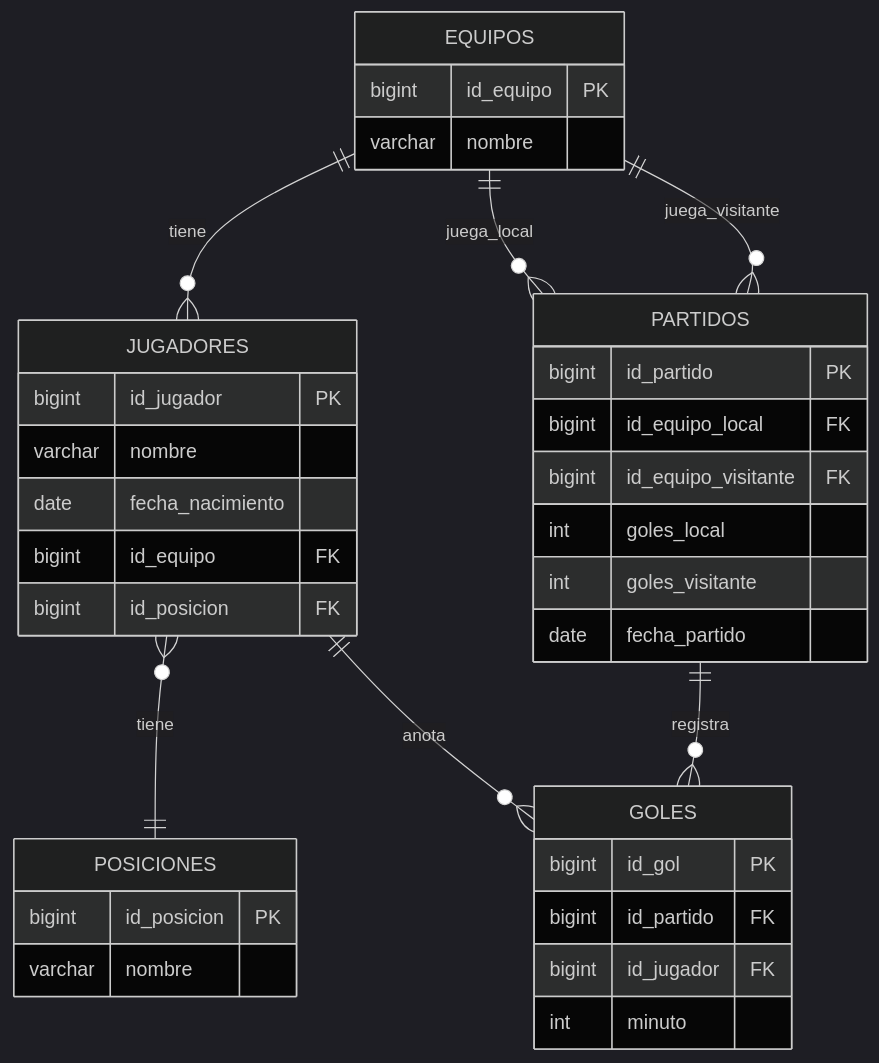
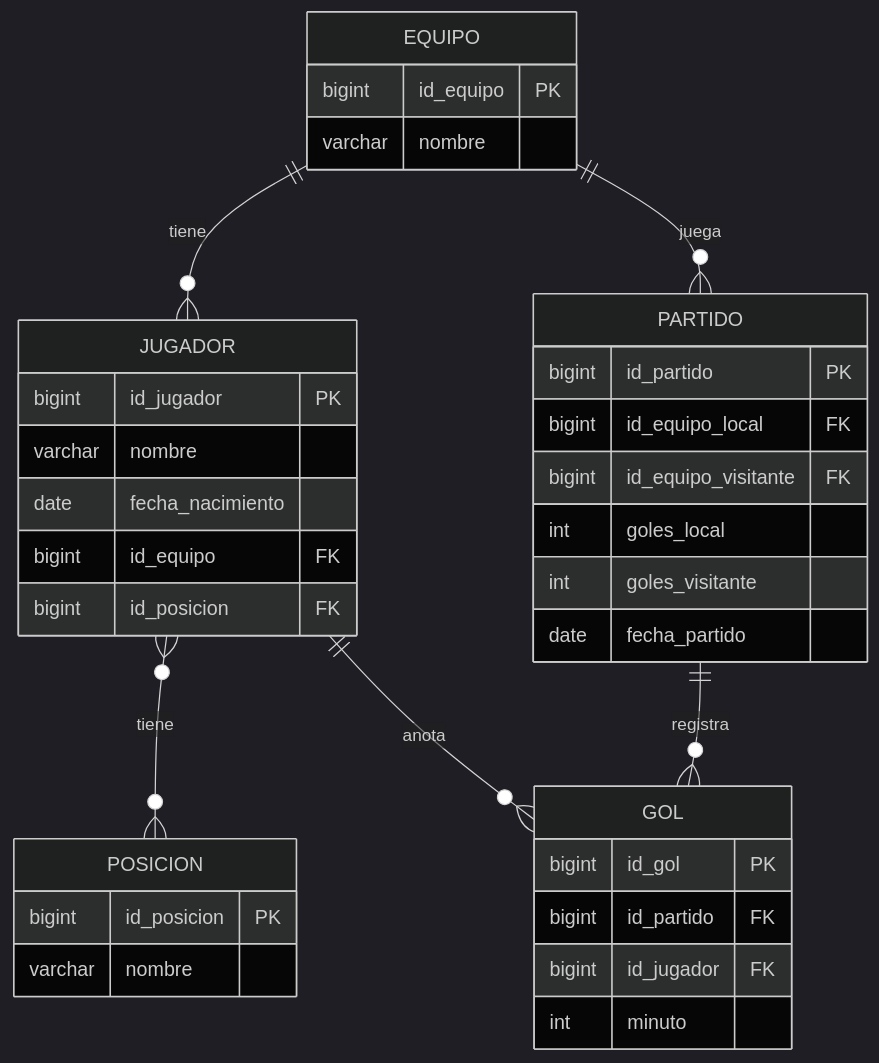
Before and after one commit to Pollix27/Equipo-futbol: the diagram in Diagrama Entidad-Relacion.mmd, drawn with Mermaid (dark theme). The commit also changed 7 other files, not shown here.

Commit message:
se corrigio los goles y las posiciones

```diff
--- a/Diagrama Entidad-Relacion.mmd
+++ b/Diagrama Entidad-Relacion.mmd
@@ -1,41 +1,40 @@
 erDiagram
-    EQUIPOS ||--o{ JUGADORES : "tiene"
-    EQUIPOS ||--o{ PARTIDOS : "juega_local"
-    EQUIPOS ||--o{ PARTIDOS : "juega_visitante"
-    JUGADORES }o--|| POSICIONES : "tiene"
-    JUGADORES ||--o{ GOLES : "anota"
-    PARTIDOS ||--o{ GOLES : "registra"
+    EQUIPO ||--o{ JUGADOR : "tiene"
+    EQUIPO ||--o{ PARTIDO : "juega"
+    JUGADOR }o--o{ POSICION : "tiene"
+    JUGADOR ||--o{ GOL : "anota"
+    PARTIDO ||--o{ GOL : "registra"
 
-    EQUIPOS {
+    EQUIPO {
         bigint id_equipo PK
         varchar nombre
     }
 
-    JUGADORES {
+    JUGADOR {
         bigint id_jugador PK
         varchar nombre
         date fecha_nacimiento
         bigint id_equipo FK
         bigint id_posicion FK
     }
 
-    POSICIONES {
+    POSICION {
         bigint id_posicion PK
         varchar nombre
     }
 
-    PARTIDOS {
+    PARTIDO {
         bigint id_partido PK
         bigint id_equipo_local FK
         bigint id_equipo_visitante FK
         int goles_local
         int goles_visitante
         date fecha_partido
     }
 
-    GOLES {
+    GOL {
         bigint id_gol PK
         bigint id_partido FK
         bigint id_jugador FK
         int minuto
     }
```
